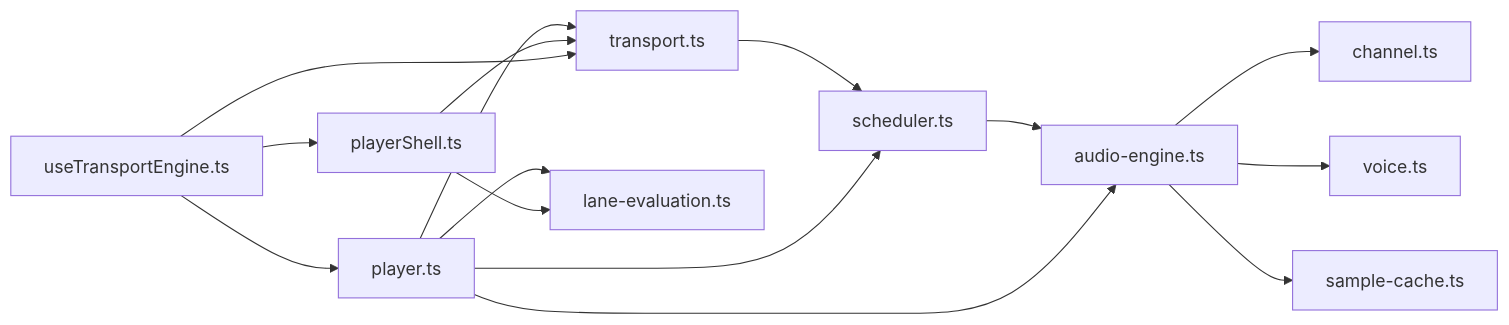
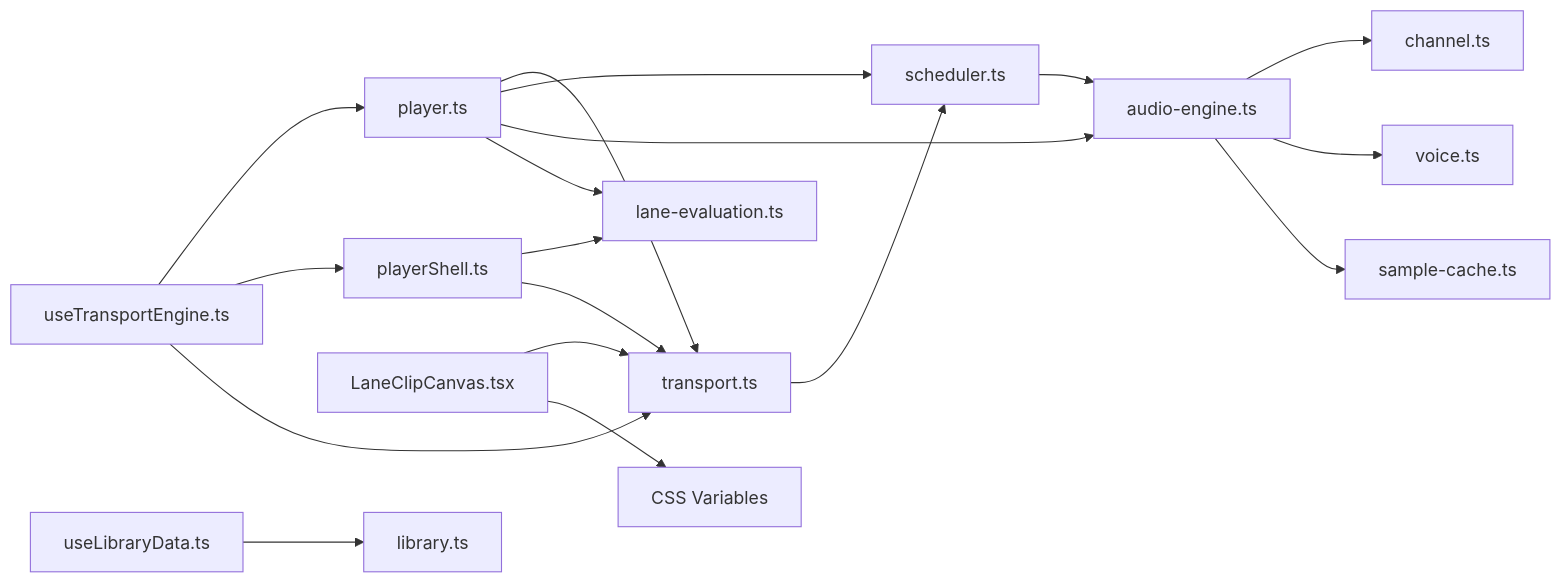
Before and after one commit to satyrlord/mixjam-electron: the tenth of 12 diagrams in .qoder/repowiki/en/content/Audio Engine/Audio Engine.md, drawn with Mermaid. The commit also changed other lines of this file and 8 other files, not shown here.

First line of the commit message:
test(sample-browser): add tests for TrackerView and useLibraryData paginated loading

````diff
--- a/.qoder/repowiki/en/content/Audio Engine/Audio Engine.md
+++ b/.qoder/repowiki/en/content/Audio Engine/Audio Engine.md
@@ -444,17 +553,20 @@
 ```mermaid
 graph LR
 Transport["transport.ts"] --> Scheduler["scheduler.ts"]
 Scheduler --> AudioEngine["audio-engine.ts"]
 AudioEngine --> Channel["channel.ts"]
 AudioEngine --> Voice["voice.ts"]
 AudioEngine --> SampleCache["sample-cache.ts"]
 Player["player.ts"] --> Transport
 Player --> Scheduler
 Player --> AudioEngine
 Player --> LaneEvaluation["lane-evaluation.ts"]
 PlayerShell["playerShell.ts"] --> LaneEvaluation
 PlayerShell --> Transport
 UI["useTransportEngine.ts"] --> Player
 UI --> PlayerShell
 UI --> Transport
+Timeline["LaneClipCanvas.tsx"] --> Transport
+Timeline --> CSS["CSS Variables"]
+Library["useLibraryData.ts"] --> Database["library.ts"]
 ```
````
